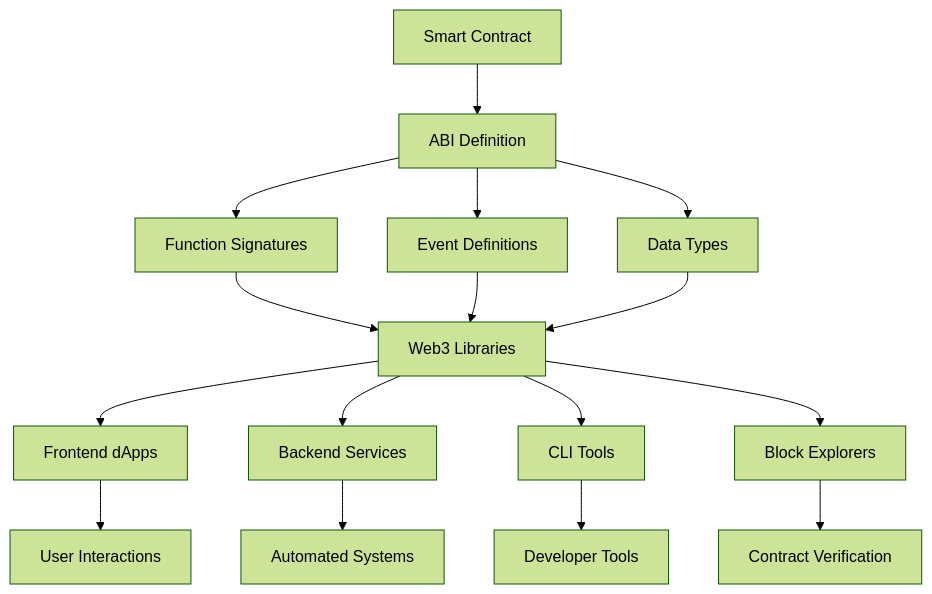
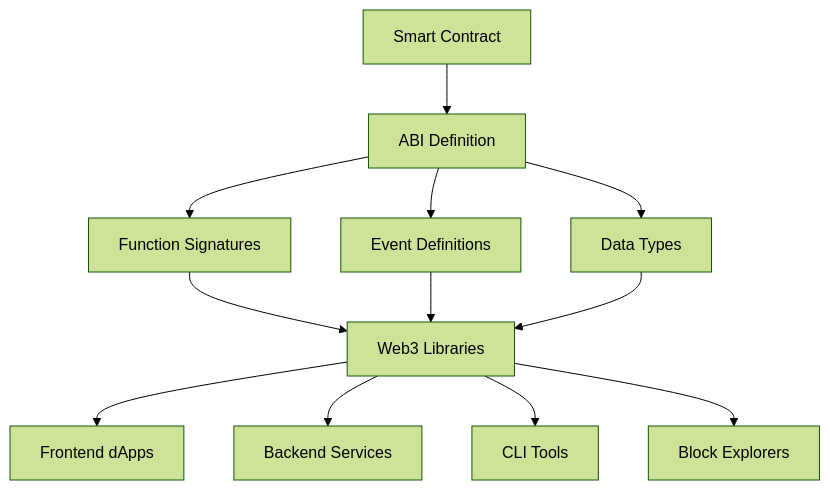
One commit to shapkarin/shapkarin.me changed the first of 2 diagrams in public/api/articles/ethereum-abi.md. Above: the diagram before and after it, drawn with Mermaid (forest theme).

Commit message:
docs: simplify intro graph on Ethereum ABI article

````diff
--- a/public/api/articles/ethereum-abi.md
+++ b/public/api/articles/ethereum-abi.md
@@ -71,21 +71,16 @@
 ```mermaid
 graph TD
     A[Smart Contract] --> B[ABI Definition]
     B --> C[Function Signatures]
     B --> D[Event Definitions]
     B --> E[Data Types]
     
     C --> F[Web3 Libraries]
     D --> F
     E --> F
     
     F --> G[Frontend dApps]
     F --> H[Backend Services]
     F --> I[CLI Tools]
     F --> J[Block Explorers]
-    
-    G --> K[User Interactions]
-    H --> L[Automated Systems]
-    I --> M[Developer Tools]
-    J --> N[Contract Verification]
 ```
````
